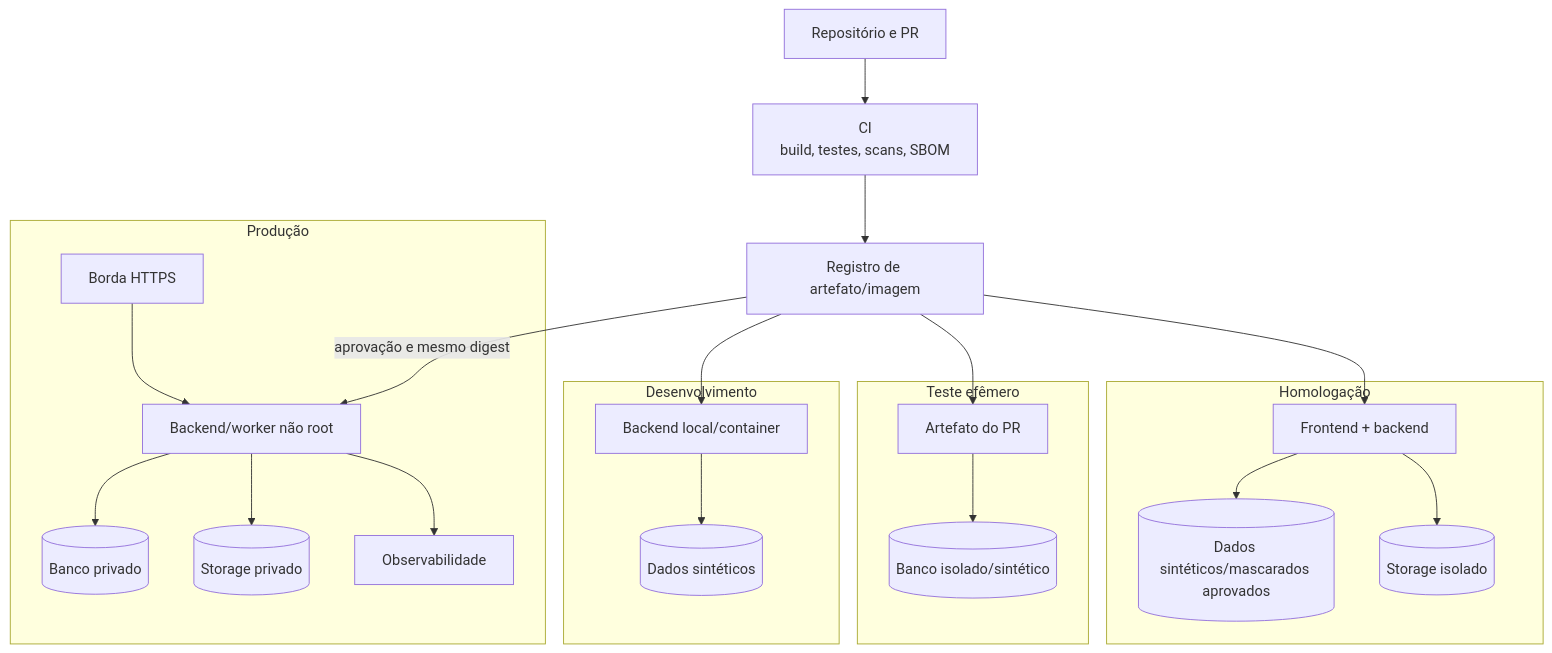
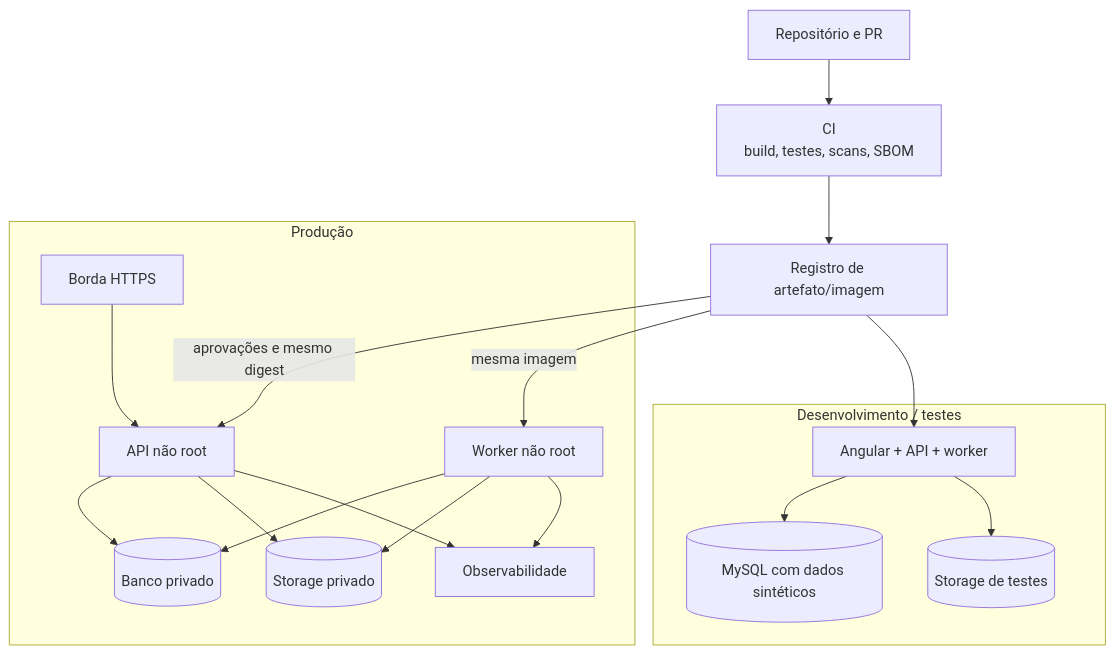
One commit to HeitorLeite/SIDESP changed the ninth of 9 diagrams in docs/ARQUITETURA.md. Above: the diagram before and after it, drawn with Mermaid. The commit also changed other lines of this file and 8 other files, not shown here.

````diff
--- a/docs/ARQUITETURA.md
+++ b/docs/ARQUITETURA.md
@@ -836,45 +886,36 @@
 ```mermaid
 flowchart TB
     git["Repositório e PR"]
     ci["CI\nbuild, testes, scans, SBOM"]
     registry["Registro de artefato/imagem"]
 
-    subgraph dev["Desenvolvimento"]
-        devapp["Backend local/container"]
-        devdb[("Dados sintéticos")]
-    end
-
-    subgraph test["Teste efêmero"]
-        testapp["Artefato do PR"]
-        testdb[("Banco isolado/sintético")]
-    end
-
-    subgraph hml["Homologação"]
-        hmlapp["Frontend + backend"]
-        hmldb[("Dados sintéticos/mascarados aprovados")]
-        hmlstorage[("Storage isolado")]
+    subgraph devtest["Desenvolvimento / testes"]
+        devapp["Angular + API + worker"]
+        devdb[("MySQL com dados sintéticos")]
+        devstorage[("Storage de testes")]
     end
 
     subgraph prod["Produção"]
         prodedge["Borda HTTPS"]
-        prodapp["Backend/worker não root"]
+        prodapi["API não root"]
+        prodworker["Worker não root"]
         proddb[("Banco privado")]
         prodstorage[("Storage privado")]
         prodobs["Observabilidade"]
     end
 
     git --> ci
     ci --> registry
     registry --> devapp
-    registry --> testapp
-    registry --> hmlapp
-    registry -->|"aprovação e mesmo digest"| prodapp
+    registry -->|"aprovações e mesmo digest"| prodapi
+    registry -->|"mesma imagem"| prodworker
     devapp --> devdb
-    testapp --> testdb
-    hmlapp --> hmldb
-    hmlapp --> hmlstorage
-    prodedge --> prodapp
-    prodapp --> proddb
-    prodapp --> prodstorage
-    prodapp --> prodobs
+    devapp --> devstorage
+    prodedge --> prodapi
+    prodapi --> proddb
+    prodapi --> prodstorage
+    prodapi --> prodobs
+    prodworker --> proddb
+    prodworker --> prodstorage
+    prodworker --> prodobs
 ```
````
